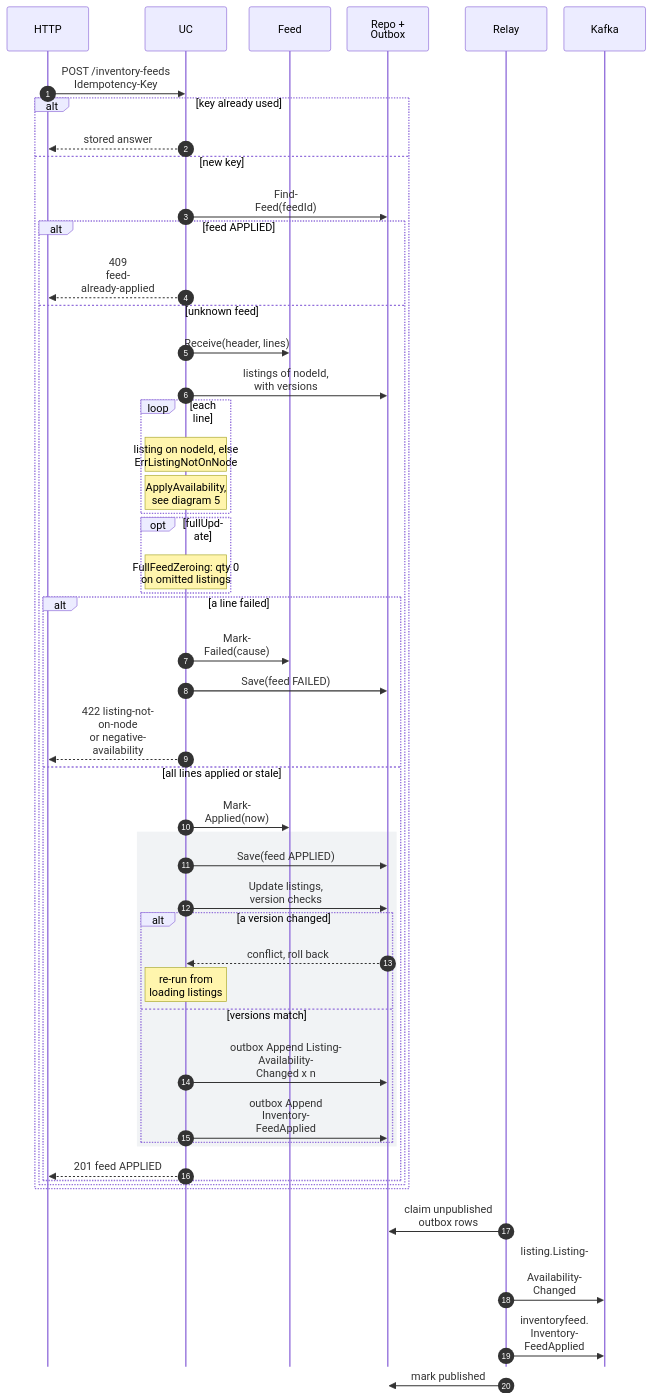
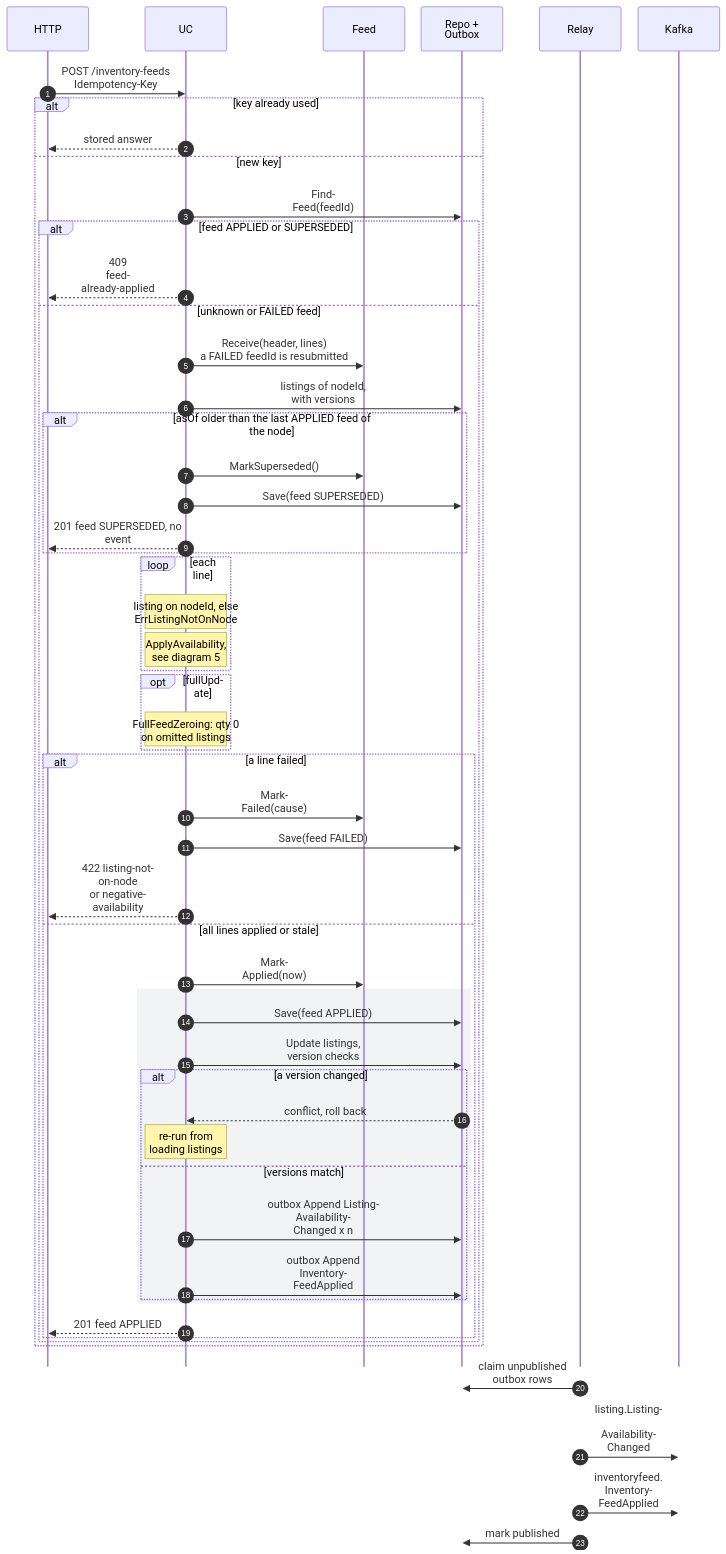
One commit to IQVO/warehouse-docs changed the fourth of 7 diagrams in network/docs/contexts/offer-availability/sequence-diagrams.md. Above: the diagram before and after it, drawn with Mermaid. The commit also changed other lines of this file and 10 other files, not shown here.

````diff
--- a/network/docs/contexts/offer-availability/sequence-diagrams.md
+++ b/network/docs/contexts/offer-availability/sequence-diagrams.md
@@ -163,53 +167,58 @@
 ```mermaid
 %%{init: {"sequence": {"wrap": true, "width": 120, "actorMargin": 24, "messageMargin": 28, "boxMargin": 6, "noteMargin": 6, "mirrorActors": false}}}%%
 sequenceDiagram
     autonumber
     participant HTTP
     participant UC as UC
     participant AG as Feed
     participant DB as Repo + Outbox
     participant Relay
     participant Kafka
     HTTP->>UC: POST /inventory-feeds<br/>Idempotency-Key
     alt key already used
         UC-->>HTTP: stored answer
     else new key
         UC->>DB: Find-<br/>Feed(feedId)
-        alt feed APPLIED
+        alt feed APPLIED or SUPERSEDED
             UC-->>HTTP: 409<br/>feed-<br/>already-applied
-        else unknown feed
-            UC->>AG: Receive(header, lines)
+        else unknown or FAILED feed
+            UC->>AG: Receive(header, lines)<br/>a FAILED feedId is resubmitted
             UC->>DB: listings of nodeId,<br/>with versions
+            alt asOf older than the last APPLIED feed of the node
+                UC->>AG: MarkSuperseded()
+                UC->>DB: Save(feed SUPERSEDED)
+                UC-->>HTTP: 201 feed SUPERSEDED, no event
+            end
             loop each line
                 Note over UC: listing on nodeId, else<br/>ErrListingNotOnNode
                 Note over UC: ApplyAvailability,<br/>see diagram 5
             end
             opt fullUpdate
                 Note over UC: FullFeedZeroing: qty 0<br/>on omitted listings
             end
             alt a line failed
                 UC->>AG: Mark-<br/>Failed(cause)
                 UC->>DB: Save(feed FAILED)
                 UC-->>HTTP: 422 listing-not-<br/>on-node<br/>or negative-<br/>availability
             else all lines applied or stale
                 UC->>AG: Mark-<br/>Applied(now)
                 rect rgb(241, 243, 245)
                     UC->>DB: Save(feed APPLIED)
                     UC->>DB: Update listings,<br/>version checks
                     alt a version changed
                         DB-->>UC: conflict, roll back
                         Note over UC: re-run from<br/>loading listings
                     else versions match
                         UC->>DB: outbox Append Listing-<br/>Availability-<br/>Changed x n
                         UC->>DB: outbox Append<br/>Inventory-<br/>FeedApplied
                     end
                 end
                 UC-->>HTTP: 201 feed APPLIED
             end
         end
     end
     Relay->>DB: claim unpublished<br/>outbox rows
     Relay->>Kafka: listing.Listing-<br/><br/>Availability-<br/>Changed
     Relay->>Kafka: inventoryfeed.<br/>Inventory-<br/>FeedApplied
     Relay->>DB: mark published
 ```
````
